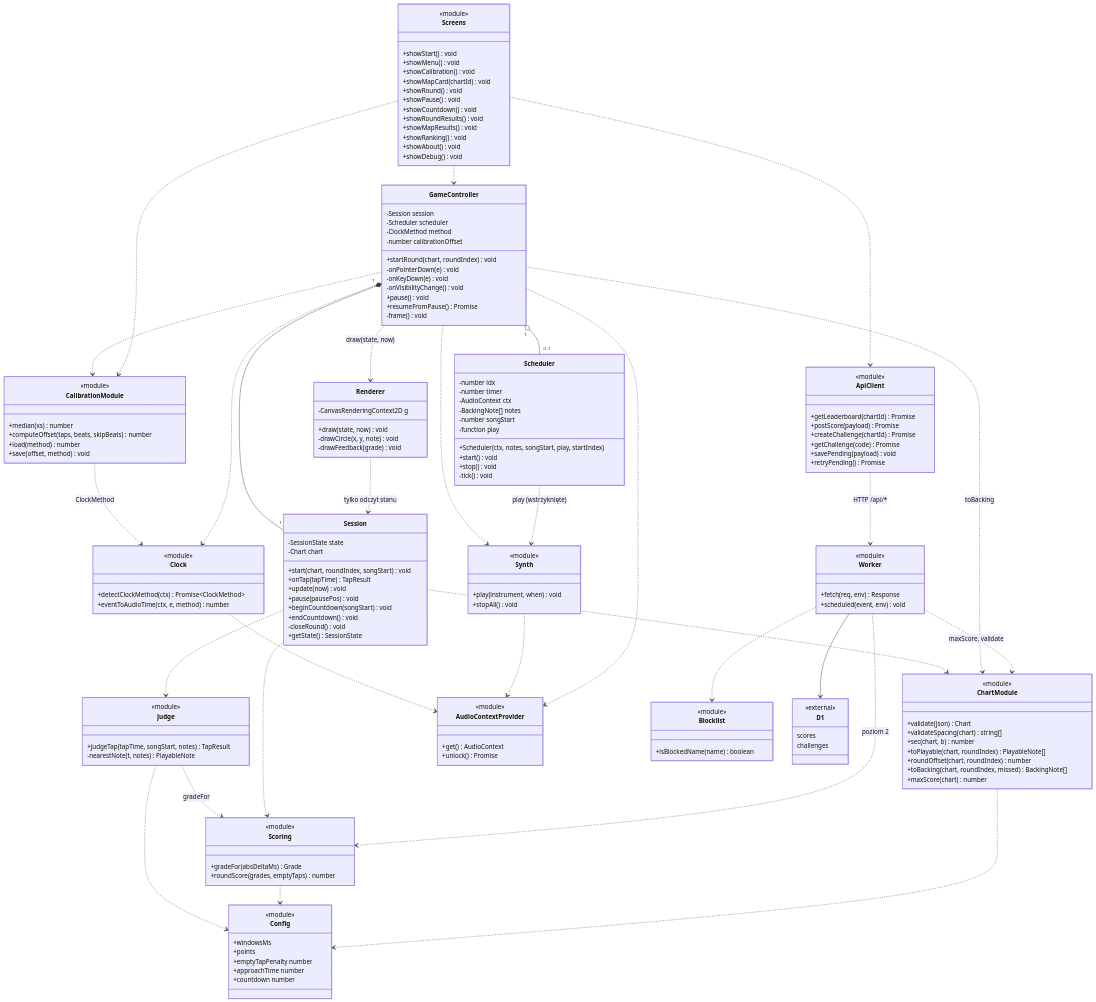
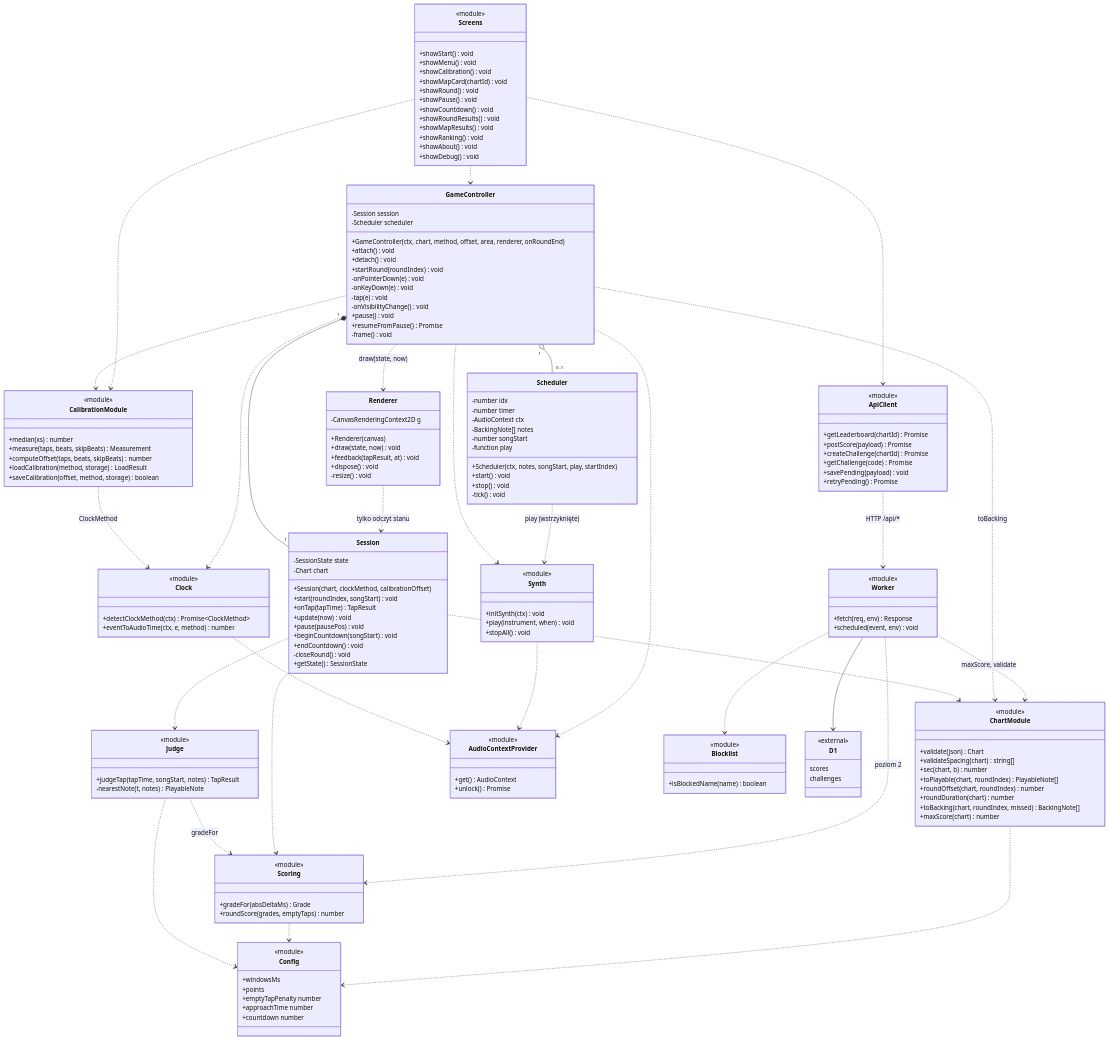
The second of 2 diagrams in docs/13-class-diagram.md (Adam2O5/hitline), drawn with Mermaid before and after one commit. The commit also changed other lines of this file and 24 other files, not shown here.

```diff
--- a/docs/13-class-diagram.md
+++ b/docs/13-class-diagram.md
@@ -158,6 +158,7 @@
     +sec(chart, b) number
     +toPlayable(chart, roundIndex) PlayableNote[]
     +roundOffset(chart, roundIndex) number
+    +roundDuration(chart) number
     +toBacking(chart, roundIndex, missed) BackingNote[]
     +maxScore(chart) number
   }
@@ -183,15 +184,17 @@
   class CalibrationModule {
     <<module>>
     +median(xs) number
+    +measure(taps, beats, skipBeats) Measurement
     +computeOffset(taps, beats, skipBeats) number
-    +load(method) number
-    +save(offset, method) void
+    +loadCalibration(method, storage) LoadResult
+    +saveCalibration(offset, method, storage) boolean
   }
 
   class Session {
     -SessionState state
     -Chart chart
-    +start(chart, roundIndex, songStart) void
+    +Session(chart, clockMethod, calibrationOffset)
+    +start(roundIndex, songStart) void
     +onTap(tapTime) TapResult
     +update(now) void
     +pause(pausePos) void
@@ -209,6 +212,7 @@
 
   class Synth {
     <<module>>
+    +initSynth(ctx) void
     +play(instrument, when) void
     +stopAll() void
   }
@@ -229,11 +233,13 @@
   class GameController {
     -Session session
     -Scheduler scheduler
-    -ClockMethod method
-    -number calibrationOffset
-    +startRound(chart, roundIndex) void
+    +GameController(ctx, chart, method, offset, area, renderer, onRoundEnd)
+    +attach() void
+    +detach() void
+    +startRound(roundIndex) void
     -onPointerDown(e) void
     -onKeyDown(e) void
+    -tap(e) void
     -onVisibilityChange() void
     +pause() void
     +resumeFromPause() Promise
@@ -242,9 +248,11 @@
 
   class Renderer {
     -CanvasRenderingContext2D g
+    +Renderer(canvas)
     +draw(state, now) void
-    -drawCircle(x, y, note) void
-    -drawFeedback(grade) void
+    +feedback(tapResult, at) void
+    +dispose() void
+    -resize() void
   }
 
   class Screens {
```
